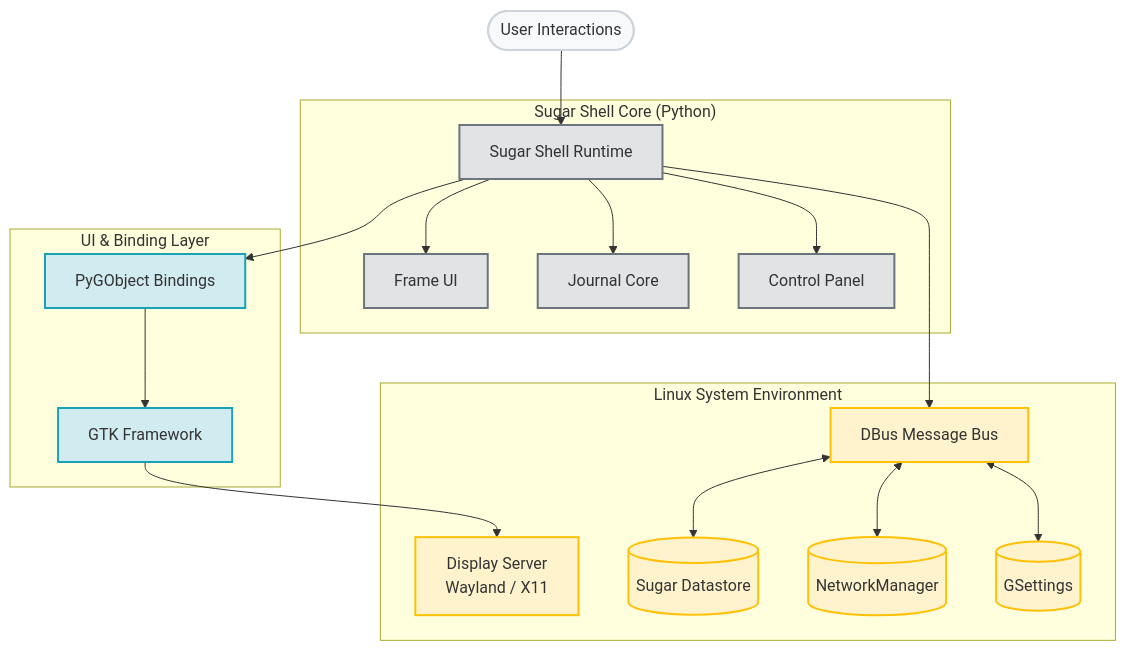
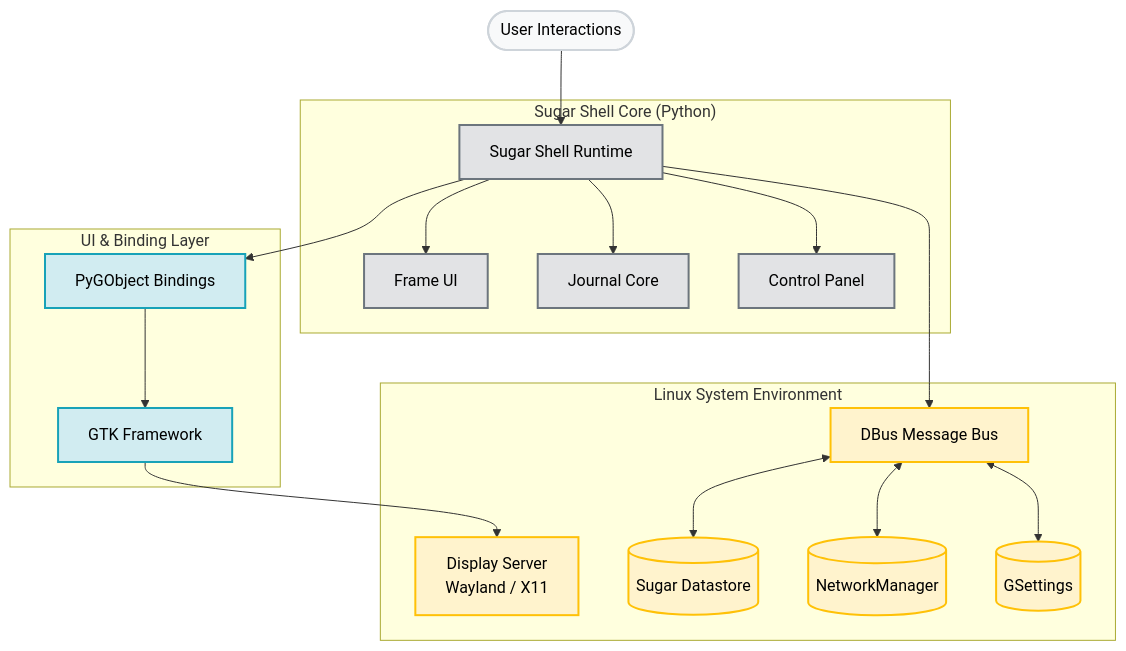
The first of 5 diagrams in proposal.md (Dev10-sys/sugar-proposal-gtk), drawn with Mermaid before and after one commit. The commit also changed other lines of this file, not shown here.

Commit message:
Force black text color in mermaid classes for dark mode visibility on light backgrounds

````diff
--- a/proposal.md
+++ b/proposal.md
@@ -82,48 +82,48 @@
 ```mermaid
 flowchart TD
-    classDef userLayer fill:#f8f9fa,stroke:#ced4da,stroke-width:2px;
-    classDef shellLayer fill:#e2e3e5,stroke:#6c757d,stroke-width:2px;
-    classDef runtimeLayer fill:#d1ecf1,stroke:#17a2b8,stroke-width:2px;
-    classDef osLayer fill:#fff3cd,stroke:#ffc107,stroke-width:2px;
+    classDef userLayer fill:#f8f9fa,stroke:#ced4da,stroke-width:2px,color:#000;
+    classDef shellLayer fill:#e2e3e5,stroke:#6c757d,stroke-width:2px,color:#000;
+    classDef runtimeLayer fill:#d1ecf1,stroke:#17a2b8,stroke-width:2px,color:#000;
+    classDef osLayer fill:#fff3cd,stroke:#ffc107,stroke-width:2px,color:#000;
 
     User(["User Interactions"])
     class User userLayer;
 
     User --> SS
 
     subgraph ShellLayer ["Sugar Shell Core (Python)"]
         SS["Sugar Shell Runtime"]
         F["Frame UI"]
         J["Journal Core"]
         CP["Control Panel"]
         
         SS --> F
         SS --> J
         SS --> CP
     end
     class SS,F,J,CP shellLayer;
 
     subgraph ToolkitIntegration ["UI & Binding Layer"]
         PyG["PyGObject Bindings"]
         GTK["GTK Framework"]
         
         SS --> PyG
         PyG --> GTK
     end
     class PyG,GTK runtimeLayer;
 
     subgraph OSLayer ["Linux System Environment"]
         Disp["Display Server<br/>Wayland / X11"]
         DBus["DBus Message Bus"]
         Data[("Sugar Datastore")]
         NM[("NetworkManager")]
         GS[("GSettings")]
         
         GTK --> Disp
         SS --> DBus
         DBus <--> Data
         DBus <--> NM
         DBus <--> GS
     end
     class Disp,DBus,Data,NM,GS osLayer;
 ```
````
